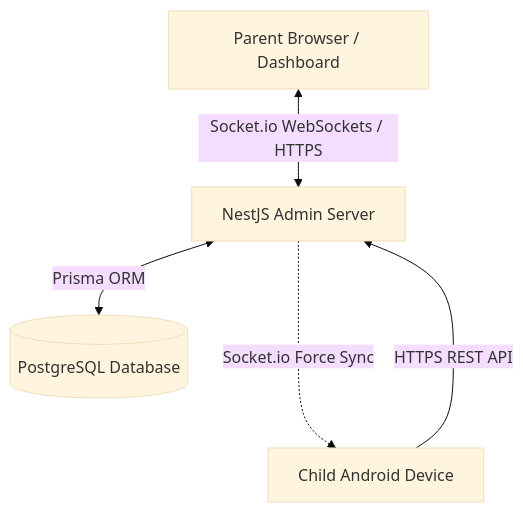
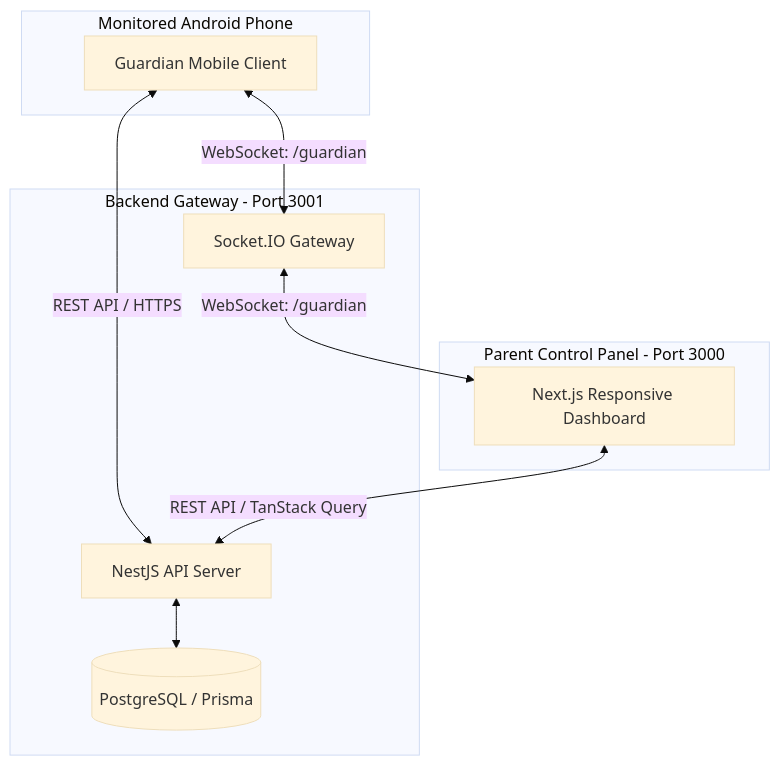
One commit to Irnhakim/Guardian-Admin-Server changed the diagram in README.md. Above: the diagram before and after it, drawn with Mermaid (base theme). The commit also changed other lines of this file, not shown here.

Commit message:
docs: rewrite README with enhanced project overview, architecture diagrams, and updated installation guide

````diff
--- a/README.md
+++ b/README.md
@@ -14,7 +33,22 @@
 ```mermaid
-graph TD
-    Parent[Parent Browser / Dashboard] <-->|Socket.io WebSockets / HTTPS| Backend[NestJS Admin Server]
-    Backend <-->|Prisma ORM| DB[(PostgreSQL Database)]
-    ChildDevice[Child Android Device] --->|HTTPS REST API| Backend
-    Backend -.->|Socket.io Force Sync| ChildDevice
+flowchart TD
+    subgraph Client [Monitored Android Phone]
+        App[Guardian Mobile Client]
+    end
+
+    subgraph Server [Backend Gateway - Port 3001]
+        Nest[NestJS API Server]
+        Gateway[Socket.IO Gateway]
+        DB[(PostgreSQL / Prisma)]
+    end
+
+    subgraph Parent [Parent Control Panel - Port 3000]
+        Web[Next.js Responsive Dashboard]
+    end
+
+    App <-->|REST API / HTTPS| Nest
+    App <-->|WebSocket: /guardian| Gateway
+    Nest <--> DB
+    Gateway <-->|WebSocket: /guardian| Web
+    Web <-->|REST API / TanStack Query| Nest
 ```
````
